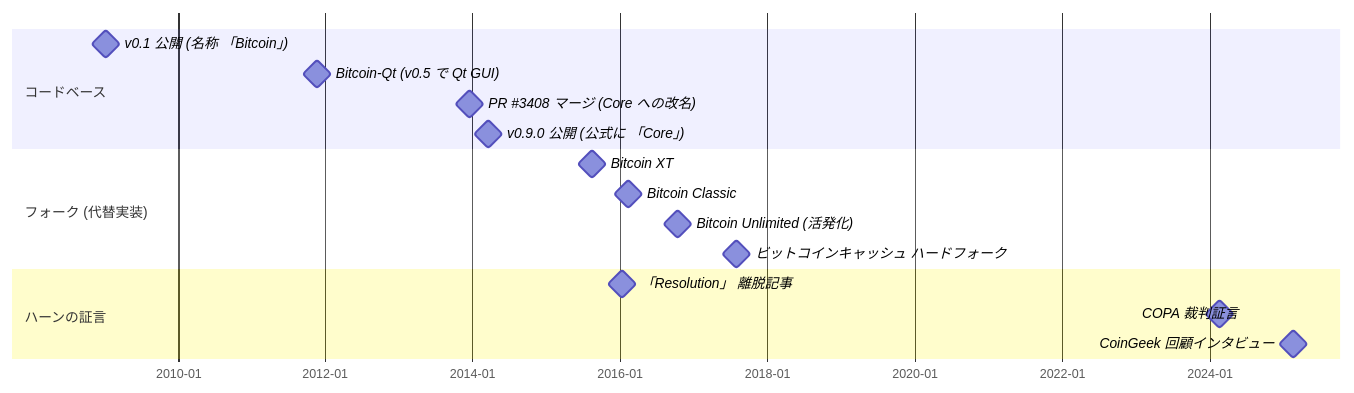
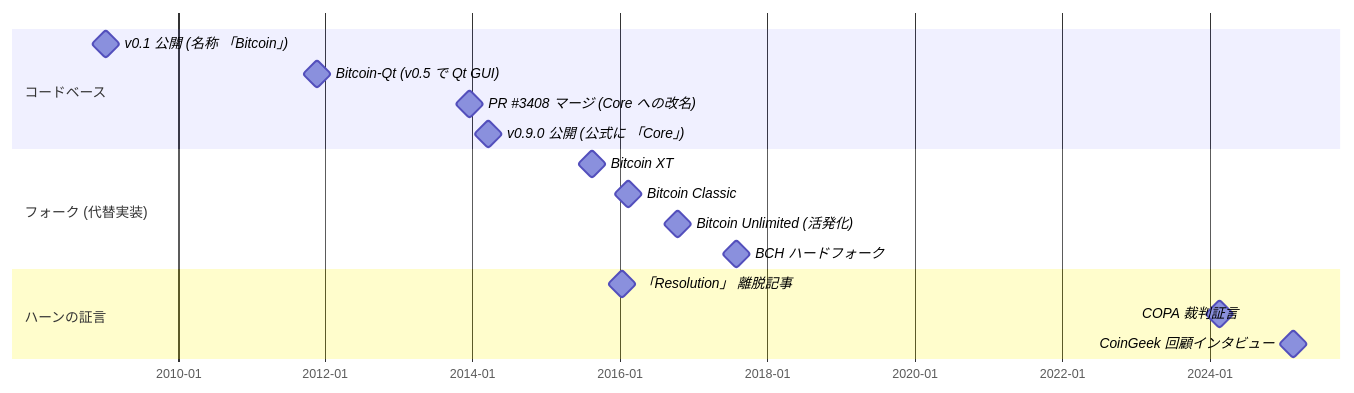
Before and after one commit to cypher256/BitcoinArchive: the diagram in src/data/translations/ja/analysis/2014-03-19-bitcoin-core-rebrand-authority-effects.md, drawn with Mermaid. The commit also changed other lines of this file and 88 other files, not shown here.

First line of the commit message:
Restore JA prose by removing stranded spaces, simplify Mermaid timeline labels

````diff
--- a/src/data/translations/ja/analysis/2014-03-19-bitcoin-core-rebrand-authority-effects.md
+++ b/src/data/translations/ja/analysis/2014-03-19-bitcoin-core-rebrand-authority-effects.md
@@ -94,27 +94,27 @@
 ```mermaid
 gantt
     dateFormat YYYY-MM-DD
     axisFormat %Y-%m
 
     section コードベース
     v0.1 公開 (名称 「Bitcoin」)             :milestone, 2009-01-09, 1d
     %% link: /BitcoinArchive/ja/entries/sourceforge/2009-01-09-bitcoin-v01-released/
     Bitcoin-Qt (v0.5 で Qt GUI)             :milestone, 2011-11-20, 1d
     %% link: /BitcoinArchive/ja/entries/aftermath/2011-11-20-bitcoin-v05-removes-cryptopp-dependency/
     PR #3408 マージ (Core への改名)         :milestone, 2013-12-16, 1d
     v0.9.0 公開 (公式に 「Core」)            :milestone, 2014-03-19, 1d
 
     section フォーク (代替実装)
     Bitcoin XT                              :milestone, 2015-08-15, 1d
     Bitcoin Classic                         :milestone, 2016-02-10, 1d
     Bitcoin Unlimited (活発化)              :milestone, 2016-10-14, 1d
-    ビットコインキャッシュ ハードフォーク             :milestone, 2017-08-01, 1d
+    BCH ハードフォーク                       :milestone, 2017-08-01, 1d
 
     section ハーンの証言
     「Resolution」 離脱記事                 :milestone, 2016-01-14, 1d
     %% link: /BitcoinArchive/ja/entries/aftermath/2016-01-14-mike-hearn-resolution-bitcoin-experiment/
     COPA 裁判証言                           :milestone, 2024-02-22, 1d
     %% link: /BitcoinArchive/ja/entries/aftermath/2024-02-22-mike-hearn-copa-trial-testimony/
     CoinGeek 回顧インタビュー               :milestone, 2025-02-21, 1d
     %% link: /BitcoinArchive/ja/entries/aftermath/2025-02-21-mike-hearn-coingeek-retrospective/
 ```
````
